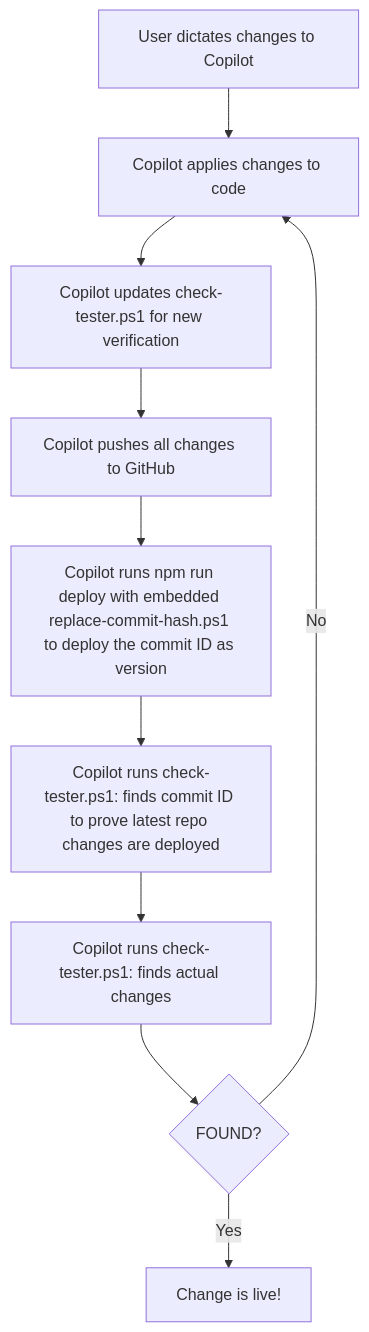
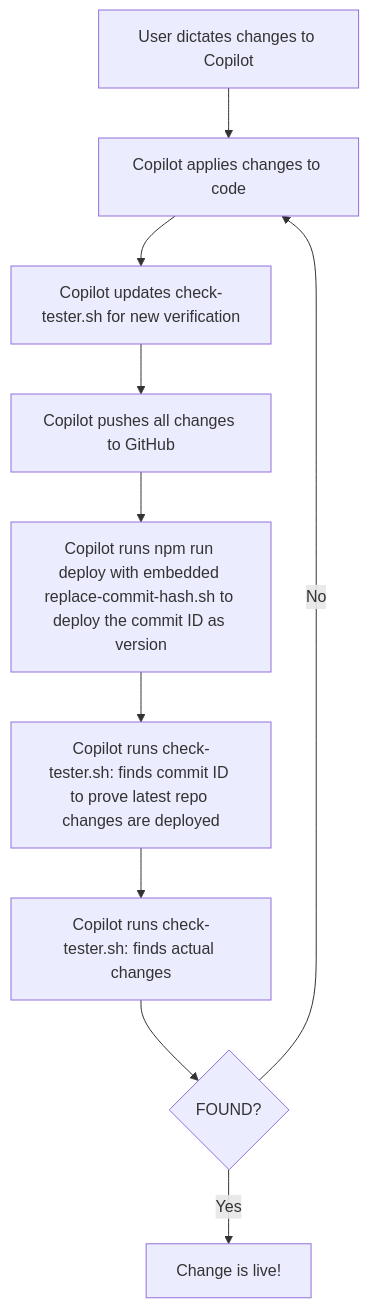
One commit to shapez0r/agentai_repo changed the second of 2 diagrams in README.md. Above: the diagram before and after it, drawn with Mermaid. The commit also changed other lines of this file and 3 other files, not shown here.

````diff
--- a/README.md
+++ b/README.md
@@ -65,12 +65,12 @@
 ```mermaid
 flowchart TD
     A[User dictates changes to Copilot] --> B[Copilot applies changes to code]
-    B --> C[Copilot updates check-tester.ps1 for new verification]
+    B --> C[Copilot updates check-tester.sh for new verification]
     C --> D[Copilot pushes all changes to GitHub]
-    D --> E[Copilot runs npm run deploy with embedded replace-commit-hash.ps1 to deploy the commit ID as version]
-    E --> F[Copilot runs check-tester.ps1: finds commit ID to prove latest repo changes are deployed]
-    F --> G[Copilot runs check-tester.ps1: finds actual changes]
+    D --> E[Copilot runs npm run deploy with embedded replace-commit-hash.sh to deploy the commit ID as version]
+    E --> F[Copilot runs check-tester.sh: finds commit ID to prove latest repo changes are deployed]
+    F --> G[Copilot runs check-tester.sh: finds actual changes]
     G --> H{FOUND?}
     H -- Yes --> I[Change is live!]
     H -- No --> B
 ```
````
